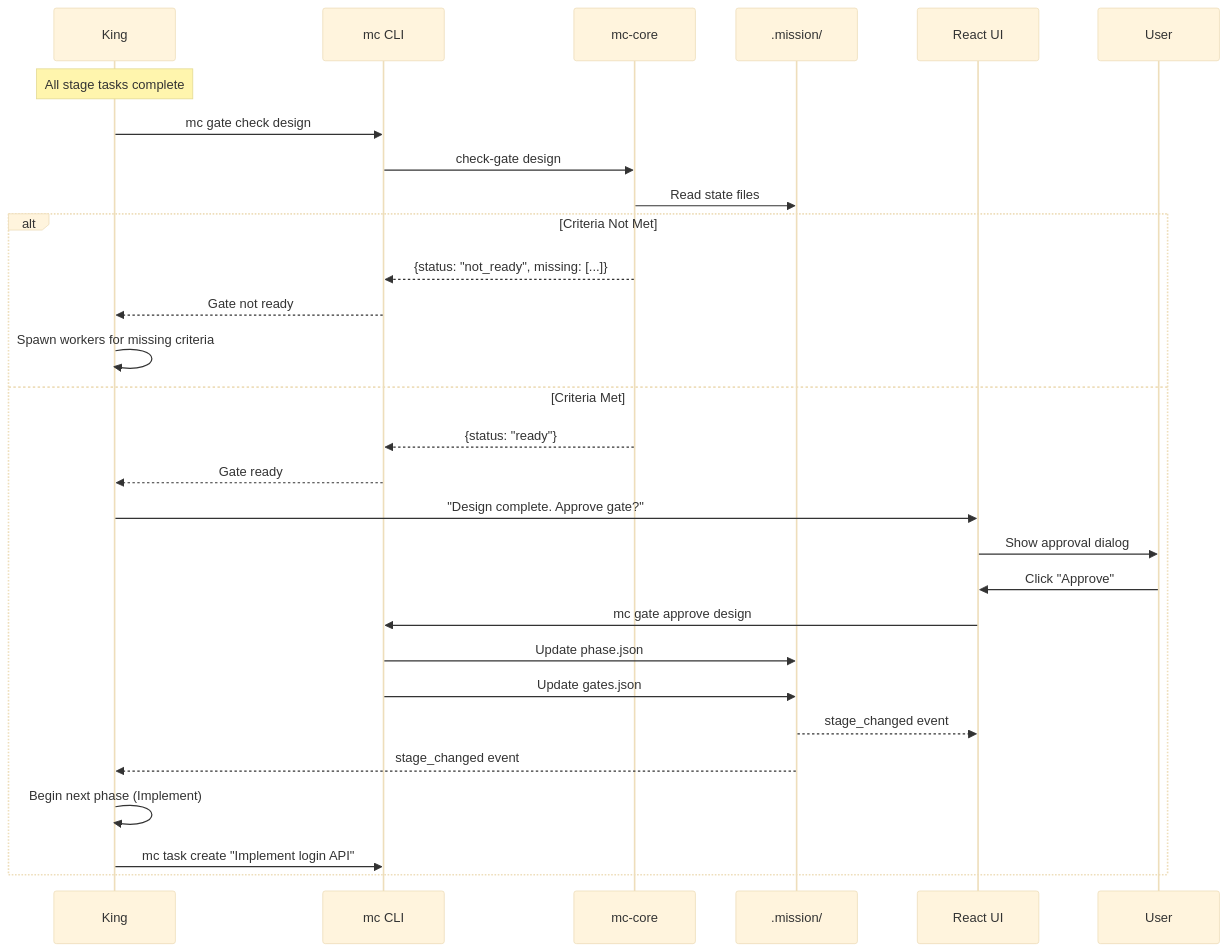
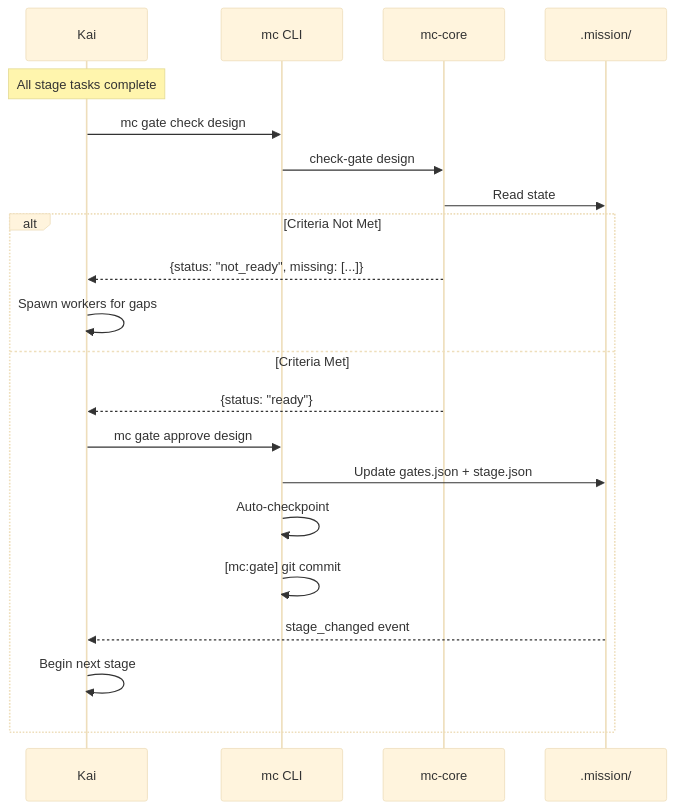
Before and after one commit to MikeSquared-Agency/MissionControl: the fourth of 5 diagrams in DATAFLOWS.md, drawn with Mermaid (base theme). The commit also changed other lines of this file and 7 other files, not shown here.

````diff
--- a/DATAFLOWS.md
+++ b/DATAFLOWS.md
@@ -149,37 +109,26 @@
 ```mermaid
 sequenceDiagram
-    participant King
+    participant King as Kai
     participant CLI as mc CLI
     participant Core as mc-core
     participant State as .mission/
-    participant UI as React UI
-    participant User
 
     Note over King: All stage tasks complete
-    
+
     King->>CLI: mc gate check design
     CLI->>Core: check-gate design
-    Core->>State: Read state files
-    
+    Core->>State: Read state
+
     alt Criteria Not Met
-        Core-->>CLI: {status: "not_ready", missing: [...]}
-        CLI-->>King: Gate not ready
-        King->>King: Spawn workers for missing criteria
+        Core-->>King: {status: "not_ready", missing: [...]}
+        King->>King: Spawn workers for gaps
     else Criteria Met
-        Core-->>CLI: {status: "ready"}
-        CLI-->>King: Gate ready
-        King->>UI: "Design complete. Approve gate?"
-        UI->>User: Show approval dialog
-        
-        User->>UI: Click "Approve"
-        UI->>CLI: mc gate approve design
-        CLI->>State: Update phase.json
-        CLI->>State: Update gates.json
-        
-        State-->>UI: stage_changed event
+        Core-->>King: {status: "ready"}
+        King->>CLI: mc gate approve design
+        CLI->>State: Update gates.json + stage.json
+        CLI->>CLI: Auto-checkpoint
+        CLI->>CLI: [mc:gate] git commit
         State-->>King: stage_changed event
-        
-        King->>King: Begin next phase (Implement)
-        King->>CLI: mc task create "Implement login API"
+        King->>King: Begin next stage
     end
 ```
````
